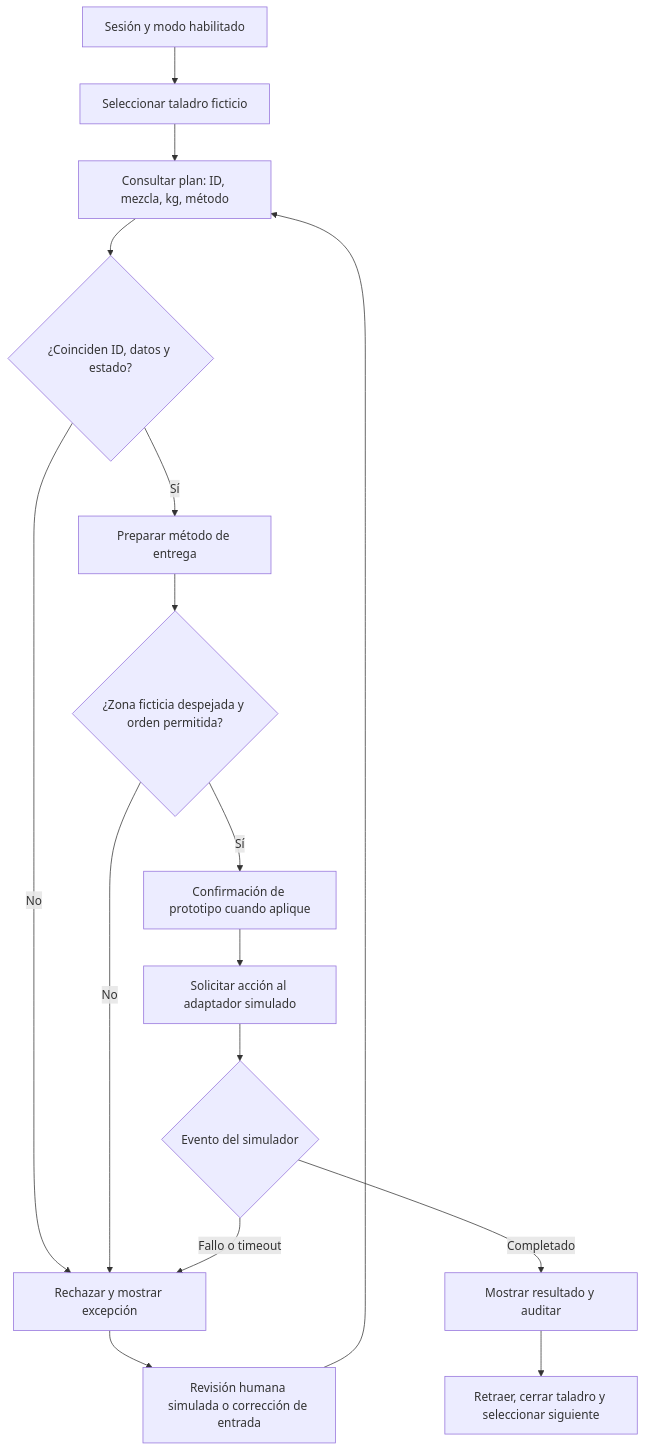
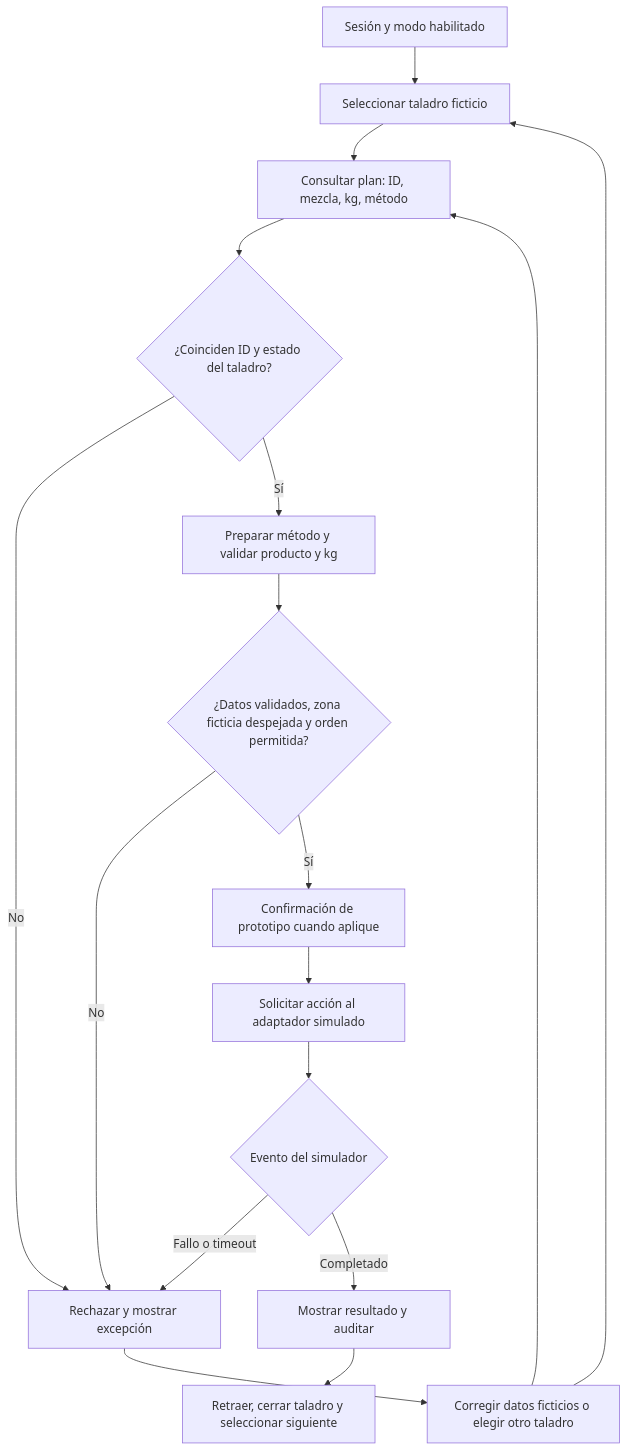
Before and after one commit to Kiara1616/faro: the diagram in planning/ALCANCE_Y_DECISIONES.md, drawn with Mermaid. The commit also changed other lines of this file and 2 other files, not shown here.

Commit message:
Resolve workflow contradictions found in cross review

````diff
--- a/planning/ALCANCE_Y_DECISIONES.md
+++ b/planning/ALCANCE_Y_DECISIONES.md
@@ -28,18 +28,19 @@
 ```mermaid
 flowchart TD
     A[Sesión y modo habilitado] --> B[Seleccionar taladro ficticio]
     B --> C[Consultar plan: ID, mezcla, kg, método]
-    C --> D{¿Coinciden ID, datos y estado?}
+    C --> D{¿Coinciden ID y estado del taladro?}
     D -- No --> X[Rechazar y mostrar excepción]
-    X --> Y[Revisión humana simulada o corrección de entrada]
+    X --> Y[Corregir datos ficticios o elegir otro taladro]
+    Y --> B
     Y --> C
-    D -- Sí --> E[Preparar método de entrega]
-    E --> F{¿Zona ficticia despejada y orden permitida?}
+    D -- Sí --> E[Preparar método y validar producto y kg]
+    E --> F{¿Datos validados, zona ficticia despejada y orden permitida?}
     F -- No --> X
     F -- Sí --> G[Confirmación de prototipo cuando aplique]
     G --> H[Solicitar acción al adaptador simulado]
     H --> I{Evento del simulador}
     I -- Fallo o timeout --> X
     I -- Completado --> J[Mostrar resultado y auditar]
     J --> K[Retraer, cerrar taladro y seleccionar siguiente]
 ```
````
